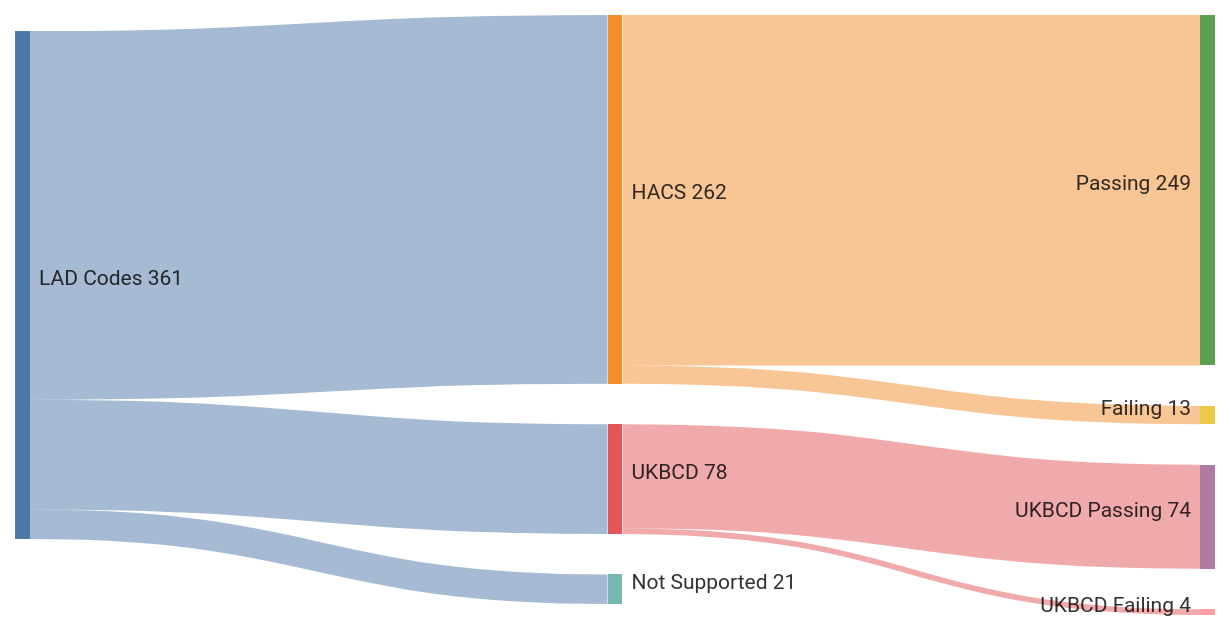
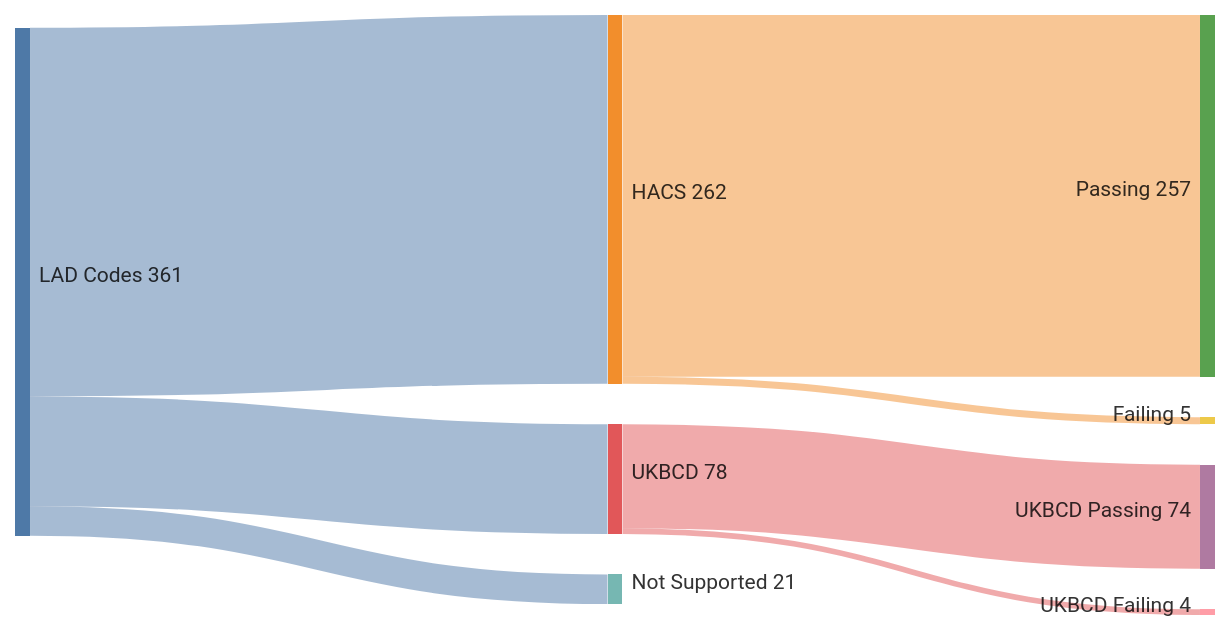
One commit to cmbsteinberg/bins changed the diagram in README.md. Above: the diagram before and after it, drawn with Mermaid. The commit also changed 22 other files, not shown here.

````diff
--- a/README.md
+++ b/README.md
@@ -11,21 +11,21 @@
 ```mermaid
 ---
 config:
   sankey:
     width: 800
     height: 400
     linkColor: source
     nodeAlignment: left
 ---
 sankey-beta
 
 "LAD Codes","HACS",262
 "LAD Codes","UKBCD",78
 "LAD Codes","Not Supported",21
 
-"HACS","Passing",249
-"HACS","Failing",13
+"HACS","Passing",257
+"HACS","Failing",5
 
 "UKBCD","UKBCD Passing",74
 "UKBCD","UKBCD Failing",4
 ```
````
